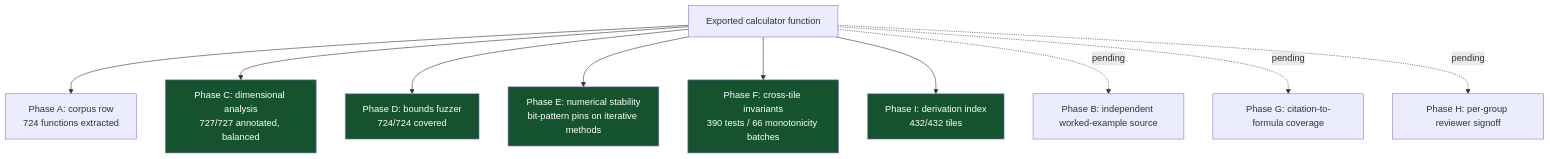
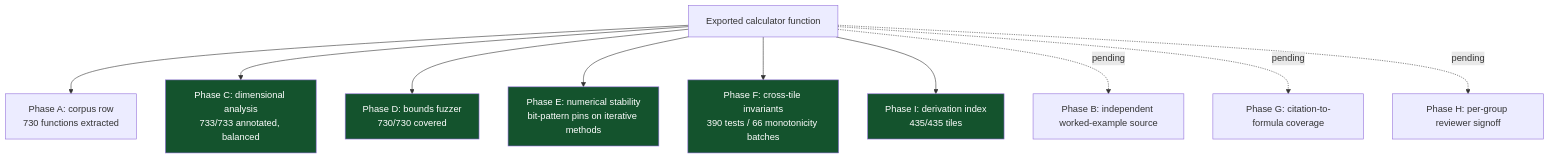
Before and after one commit to clay-good/roughlogic.com: the fourth of 5 diagrams in README.md, drawn with Mermaid. The commit also changed other lines of this file and 17 other files, not shown here.

````diff
--- a/README.md
+++ b/README.md
@@ -212,17 +212,17 @@
 ```mermaid
 flowchart TB
-    F[Exported calculator function] --> A[Phase A: corpus row\n724 functions extracted]
-    F --> C[Phase C: dimensional analysis\n727/727 annotated, balanced]
-    F --> D[Phase D: bounds fuzzer\n724/724 covered]
+    F[Exported calculator function] --> A[Phase A: corpus row\n730 functions extracted]
+    F --> C[Phase C: dimensional analysis\n733/733 annotated, balanced]
+    F --> D[Phase D: bounds fuzzer\n730/730 covered]
     F --> E[Phase E: numerical stability\nbit-pattern pins on iterative methods]
     F --> Fa[Phase F: cross-tile invariants\n390 tests / 66 monotonicity batches]
-    F --> I[Phase I: derivation index\n432/432 tiles]
+    F --> I[Phase I: derivation index\n435/435 tiles]
     F -.pending.-> B[Phase B: independent worked-example source]
     F -.pending.-> G[Phase G: citation-to-formula coverage]
     F -.pending.-> H[Phase H: per-group reviewer signoff]
     style C fill:#14532d,color:#fff
     style D fill:#14532d,color:#fff
     style E fill:#14532d,color:#fff
     style Fa fill:#14532d,color:#fff
     style I fill:#14532d,color:#fff
 ```
````
